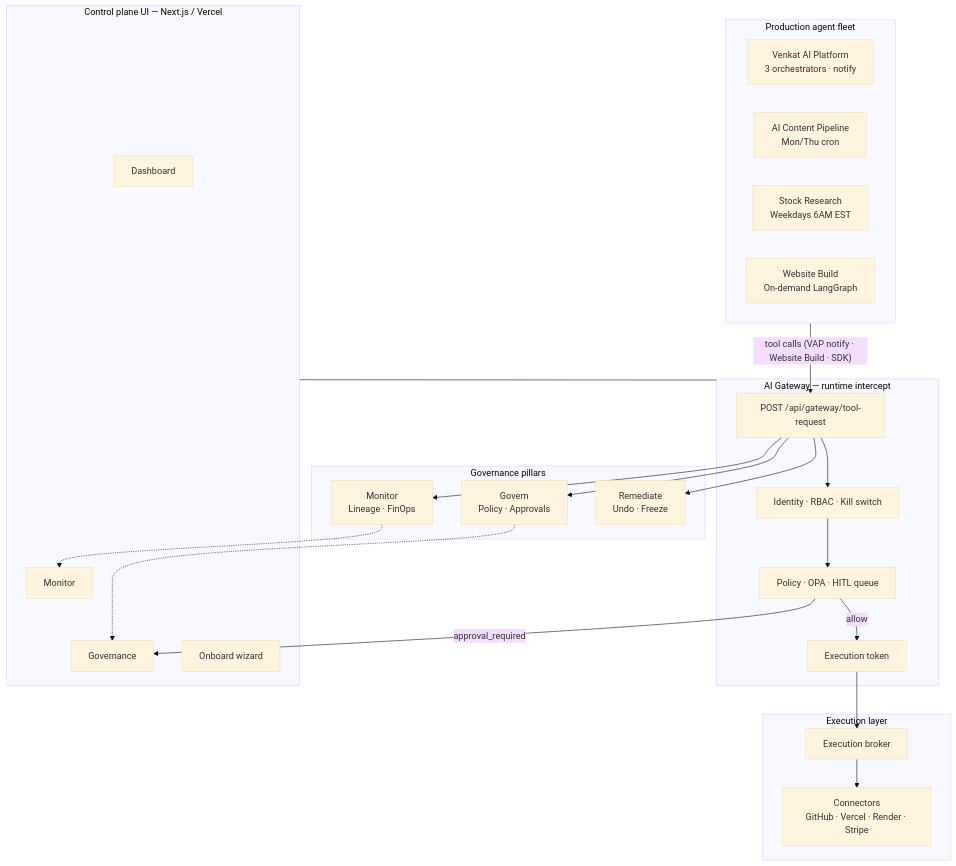
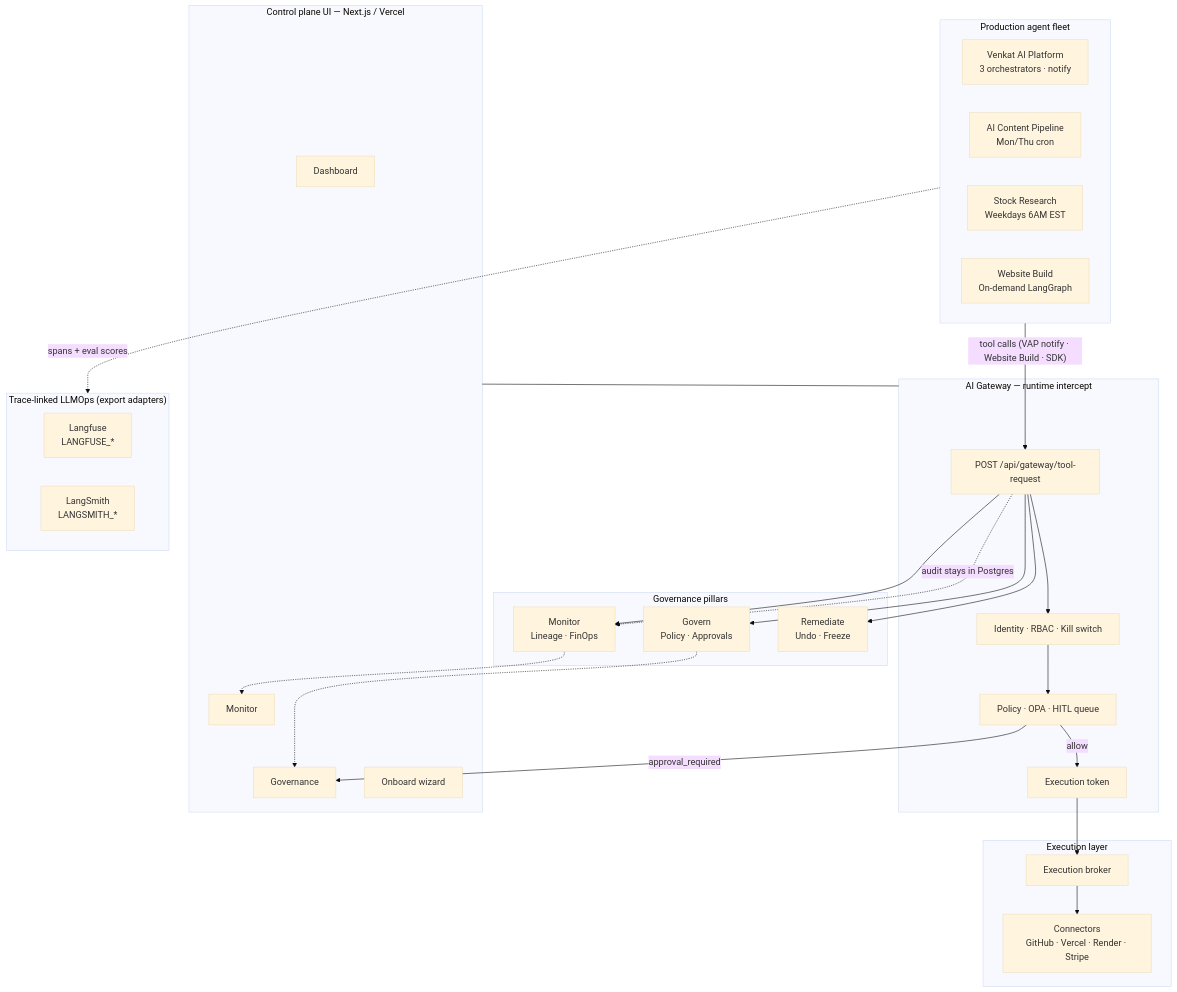
One commit to vpeetla-ai/aegisai-enterprise-agent-platform changed the first of 4 diagrams in README.md. Above: the diagram before and after it, drawn with Mermaid (base theme). The commit also changed other lines of this file and 1 other file, not shown here.

Commit message:
Add Langfuse SDK to API image and observability layer to architecture diagram.
Fixes sdk_missing on /api/observability/status when LANGFUSE_* keys are set.

````diff
--- a/README.md
+++ b/README.md
@@ -81,45 +81,52 @@
 ```mermaid
 flowchart TB
     subgraph Fleet["Production agent fleet"]
         VAP["Venkat AI Platform<br/>3 orchestrators · notify"]
         CONTENT["AI Content Pipeline<br/>Mon/Thu cron"]
         STOCK["Stock Research<br/>Weekdays 6AM EST"]
         WEB["Website Build<br/>On-demand LangGraph"]
     end
 
     subgraph Gateway["AI Gateway — runtime intercept"]
         GW["POST /api/gateway/tool-request"]
         ID["Identity · RBAC · Kill switch"]
         POL["Policy · OPA · HITL queue"]
         TOK["Execution token"]
     end
 
     subgraph Pillars["Governance pillars"]
         MON["Monitor<br/>Lineage · FinOps"]
         GOV["Govern<br/>Policy · Approvals"]
         REM["Remediate<br/>Undo · Freeze"]
     end
 
     subgraph UI["Control plane UI — Next.js / Vercel"]
         DASH["Dashboard"]
         MON_UI["Monitor"]
         GOV_UI["Governance"]
         ONB["Onboard wizard"]
     end
 
     subgraph Exec["Execution layer"]
         BRK["Execution broker"]
         CONN["Connectors<br/>GitHub · Vercel · Render · Stripe"]
     end
 
     Fleet -->|"tool calls (VAP notify · Website Build · SDK)"| GW
     GW --> ID --> POL
     POL -->|"allow"| TOK --> BRK --> CONN
     POL -->|"approval_required"| GOV_UI
     GW --> MON
     GW --> GOV
     GW --> REM
     UI --- Gateway
     MON -.-> MON_UI
     GOV -.-> GOV_UI
+
+    subgraph Obs["Trace-linked LLMOps (export adapters)"]
+        LF["Langfuse<br/>LANGFUSE_*"]
+        LS["LangSmith<br/>LANGSMITH_*"]
+    end
+    Fleet -.->|"spans + eval scores"| Obs
+    GW -.->|"audit stays in Postgres"| MON
 ```
````
